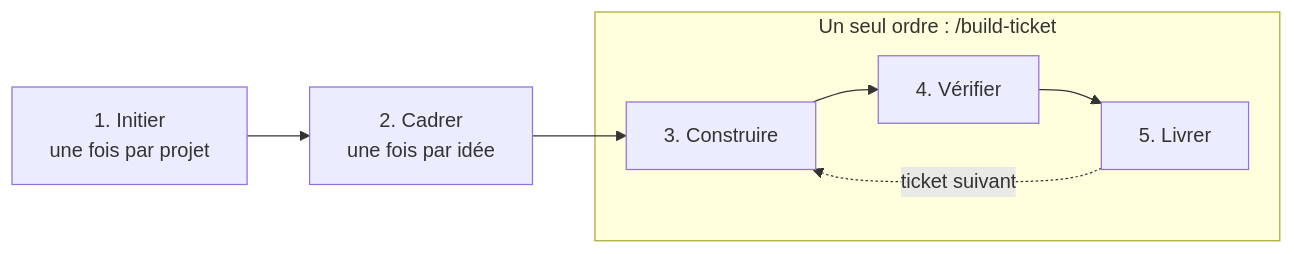
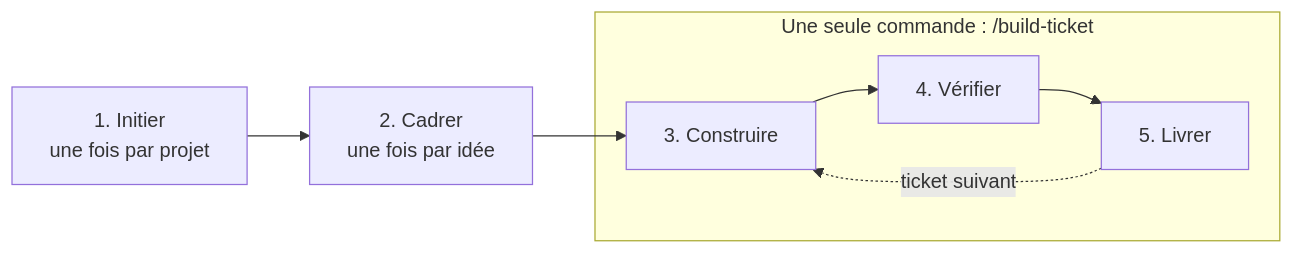
The second of 7 diagrams in README.md (arthurnicolas59/an-forge), drawn with Mermaid before and after one commit. The commit also changed other lines of this file, not shown here.

````diff
--- a/README.md
+++ b/README.md
@@ -124,14 +91,14 @@
 ```mermaid
 flowchart LR
     e1["1. Initier<br/>une fois par projet"] --> e2["2. Cadrer<br/>une fois par idée"]
     e2 --> e3["3. Construire"]
     e3 --> e4["4. Vérifier"]
     e4 --> e5["5. Livrer"]
     e5 -.->|"ticket suivant"| e3
 
-    subgraph bt["Un seul ordre : /build-ticket"]
+    subgraph bt["Une seule commande : /build-ticket"]
         e3
         e4
         e5
     end
 ```
````
